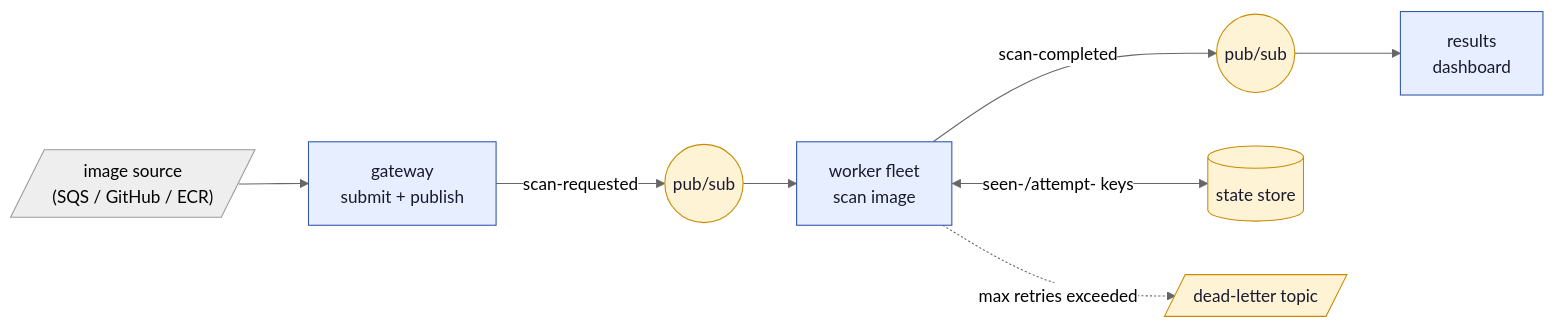
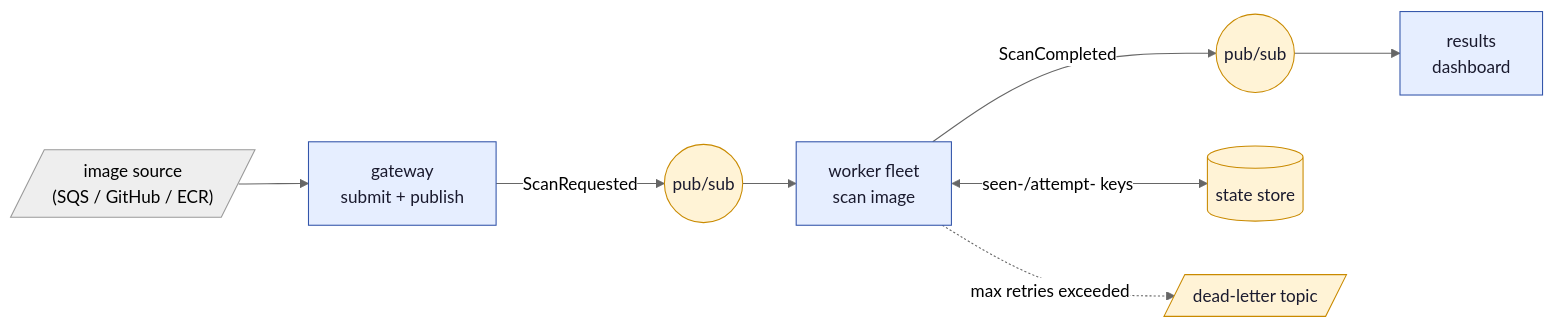
The seventh of 14 diagrams in SLIDES.md (sideeffffect/dapr4s-examples), drawn with Mermaid (neutral theme) before and after one commit. The commit also changed other lines of this file and 19 other files, not shown here.

````diff
--- a/SLIDES.md
+++ b/SLIDES.md
@@ -1089,13 +1089,13 @@
 ```mermaid
 flowchart LR
   SQS[/"image source<br/>(SQS / GitHub / ECR)"/] --> GW
-  GW["gateway<br/>submit + publish"] -- "scan-requested" --> PS(("pub/sub"))
+  GW["gateway<br/>submit + publish"] -- "ScanRequested" --> PS(("pub/sub"))
   PS --> W["worker fleet<br/>scan image"]
-  W -- "scan-completed" --> PS2(("pub/sub"))
+  W -- "ScanCompleted" --> PS2(("pub/sub"))
   PS2 --> RES["results<br/>dashboard"]
   W <-->|"seen-/attempt- keys"| ST[("state store")]
   W -. "max retries exceeded" .-> DLQ[/"dead-letter topic"/]
   classDef svc fill:#e6eeff,stroke:#3355aa,color:#1a1a2e;
   classDef infra fill:#fff3d6,stroke:#c98a00,color:#1a1a2e;
   class GW,W,RES svc; class PS,PS2,ST,DLQ infra;
 ```
````
